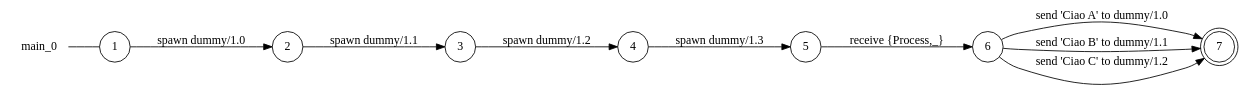
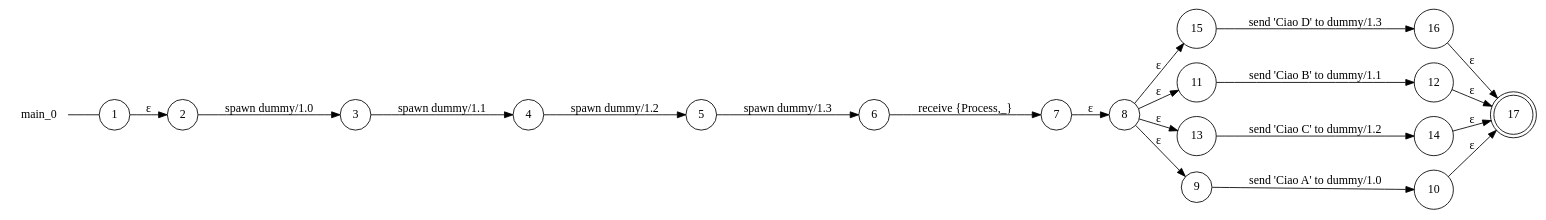
Before and after one commit to gabrielegenovese/chorer: the diagram in examples/conditional-case/main_0_local_view.dot, drawn with Graphviz. The commit also changed 66 other files, not shown here.

```diff
--- a/examples/conditional-case/main_0_local_view.dot
+++ b/examples/conditional-case/main_0_local_view.dot
@@ -1,21 +1,42 @@
 digraph main_0 {
 	rankdir="LR";
 	n_0 [label="main_0", shape="plaintext"];
-	n_1 [id="5", shape=circle, label="6"];
-	n_2 [id="10", shape=circle, label="3"];
-	n_3 [id="1", shape=circle, label="1"];
-	n_0 -> n_3 [arrowhead=none];
-	n_4 [id="9", shape=circle, label="5"];
-	n_5 [id="2", shape=circle, label="2"];
-	n_6 [id="4", shape=circle, label="4"];
-	n_7 [id="3", shape=doublecircle, label="7"];
+	n_1 [id="5", shape=circle, label="5"];
+	n_2 [id="15", shape=circle, label="15"];
+	n_3 [id="12", shape=circle, label="12"];
+	n_4 [id="11", shape=circle, label="11"];
+	n_5 [id="17", shape=doublecircle, label="17"];
+	n_6 [id="14", shape=circle, label="14"];
+	n_7 [id="6", shape=circle, label="6"];
+	n_8 [id="13", shape=circle, label="13"];
+	n_9 [id="10", shape=circle, label="10"];
+	n_10 [id="1", shape=circle, label="1"];
+	n_0 -> n_10 [arrowhead=none];
+	n_11 [id="9", shape=circle, label="9"];
+	n_12 [id="2", shape=circle, label="2"];
+	n_13 [id="8", shape=circle, label="8"];
+	n_14 [id="4", shape=circle, label="4"];
+	n_15 [id="7", shape=circle, label="7"];
+	n_16 [id="3", shape=circle, label="3"];
+	n_17 [id="16", shape=circle, label="16"];
 
-	n_1 -> n_7 [id="[$e|3]", label="send 'Ciao A' to dummy/1.0"];
-	n_5 -> n_2 [id="[$e|8]", label="spawn dummy/1.1"];
-	n_2 -> n_6 [id="[$e|1]", label="spawn dummy/1.2"];
-	n_4 -> n_1 [id="[$e|4]", label="receive {Process,_}"];
-	n_6 -> n_4 [id="[$e|2]", label="spawn dummy/1.3"];
-	n_3 -> n_5 [id="[$e|0]", label="spawn dummy/1.0"];
-	n_1 -> n_7 [id="[$e|9]", label="send 'Ciao B' to dummy/1.1"];
-	n_1 -> n_7 [id="[$e|10]", label="send 'Ciao C' to dummy/1.2"];
+	n_4 -> n_3 [id="[$e|10]", label="send 'Ciao B' to dummy/1.1"];
+	n_13 -> n_8 [id="[$e|11]", label="ɛ"];
+	n_13 -> n_4 [id="[$e|9]", label="ɛ"];
+	n_6 -> n_5 [id="[$e|17]", label="ɛ"];
+	n_8 -> n_6 [id="[$e|12]", label="send 'Ciao C' to dummy/1.2"];
+	n_11 -> n_9 [id="[$e|8]", label="send 'Ciao A' to dummy/1.0"];
+	n_2 -> n_17 [id="[$e|14]", label="send 'Ciao D' to dummy/1.3"];
+	n_15 -> n_13 [id="[$e|6]", label="ɛ"];
+	n_14 -> n_1 [id="[$e|3]", label="spawn dummy/1.2"];
+	n_17 -> n_5 [id="[$e|18]", label="ɛ"];
+	n_3 -> n_5 [id="[$e|16]", label="ɛ"];
+	n_16 -> n_14 [id="[$e|2]", label="spawn dummy/1.1"];
+	n_13 -> n_2 [id="[$e|13]", label="ɛ"];
+	n_7 -> n_15 [id="[$e|5]", label="receive {Process,_}"];
+	n_9 -> n_5 [id="[$e|15]", label="ɛ"];
+	n_12 -> n_16 [id="[$e|1]", label="spawn dummy/1.0"];
+	n_1 -> n_7 [id="[$e|4]", label="spawn dummy/1.3"];
+	n_13 -> n_11 [id="[$e|7]", label="ɛ"];
+	n_10 -> n_12 [id="[$e|0]", label="ɛ"];
 }
```
